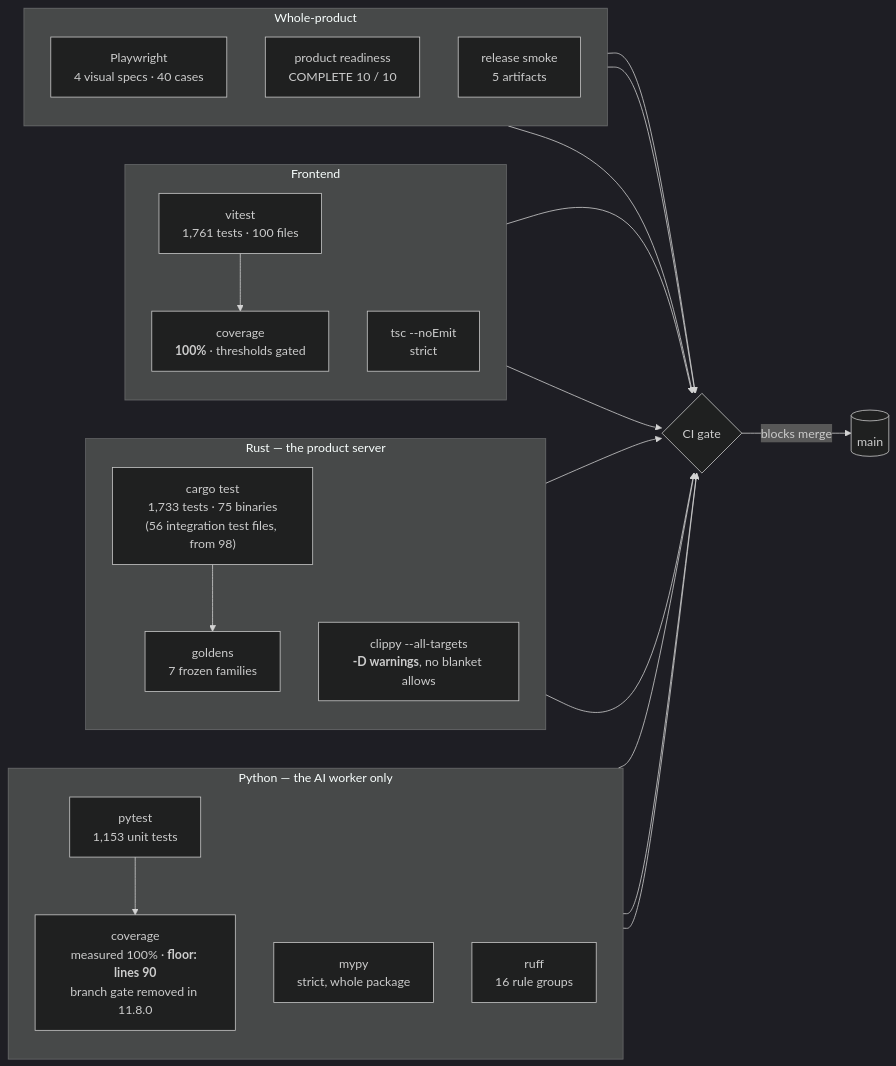
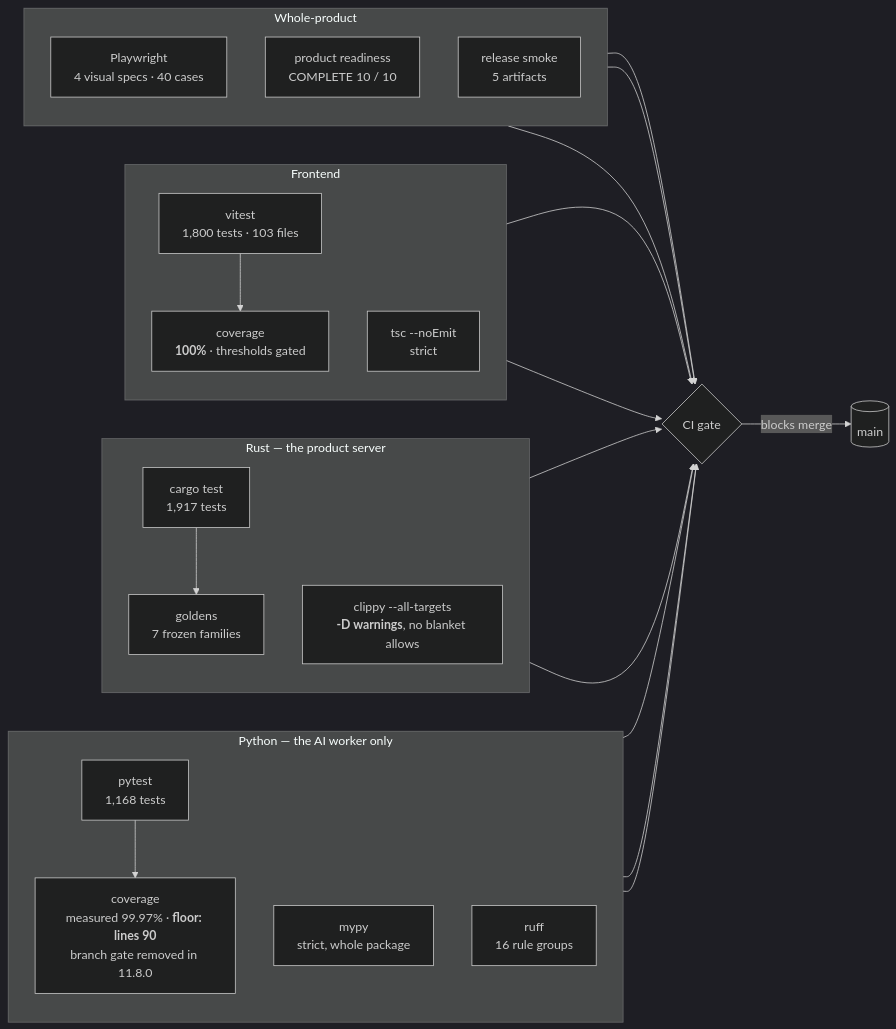
The fourth of 4 diagrams in ARCHITECTURE.md (TaeSooPark-PTS/LatticeAI), drawn with Mermaid (dark theme) before and after one commit. The commit also changed other lines of this file and 405 other files, not shown here.

````diff
--- a/ARCHITECTURE.md
+++ b/ARCHITECTURE.md
@@ -1031,48 +1093,48 @@
 ```mermaid
 flowchart LR
   subgraph py["Python — the AI worker only"]
     direction TB
-    pyt["pytest<br/>1,153 unit tests"]
-    pycov["coverage<br/>measured 100% · <b>floor: lines 90</b><br/>branch gate removed in 11.8.0"]
+    pyt["pytest<br/>1,168 tests"]
+    pycov["coverage<br/>measured 99.97% · <b>floor: lines 90</b><br/>branch gate removed in 11.8.0"]
     pymypy["mypy<br/>strict, whole package"]
     pyruff["ruff<br/>16 rule groups"]
     pyt --> pycov
   end
 
   subgraph rs["Rust — the product server"]
     direction TB
-    rst["cargo test<br/>1,733 tests · 75 binaries<br/>(56 integration test files, from 98)"]
+    rst["cargo test<br/>1,917 tests"]
     rsclippy["clippy --all-targets<br/><b>-D warnings</b>, no blanket allows"]
     rsgold["goldens<br/>7 frozen families"]
     rst --> rsgold
   end
 
   subgraph fe["Frontend"]
     direction TB
-    fet["vitest<br/>1,761 tests · 100 files"]
+    fet["vitest<br/>1,800 tests · 103 files"]
     fecov["coverage<br/><b>100%</b> · thresholds gated"]
     fets["tsc --noEmit<br/>strict"]
     fet --> fecov
   end
 
   subgraph e2e["Whole-product"]
     direction TB
     play["Playwright<br/>4 visual specs · 40 cases"]
     readiness["product readiness<br/>COMPLETE 10 / 10"]
     smoke["release smoke<br/>5 artifacts"]
   end
 
   gate{"CI gate"}
   pycov --> gate
   pymypy --> gate
   pyruff --> gate
   rsclippy --> gate
   rsgold --> gate
   fets --> gate
   fecov --> gate
   play --> gate
   readiness --> gate
   smoke --> gate
 
   gate -- "blocks merge" --> main[("main")]
 ```
````
